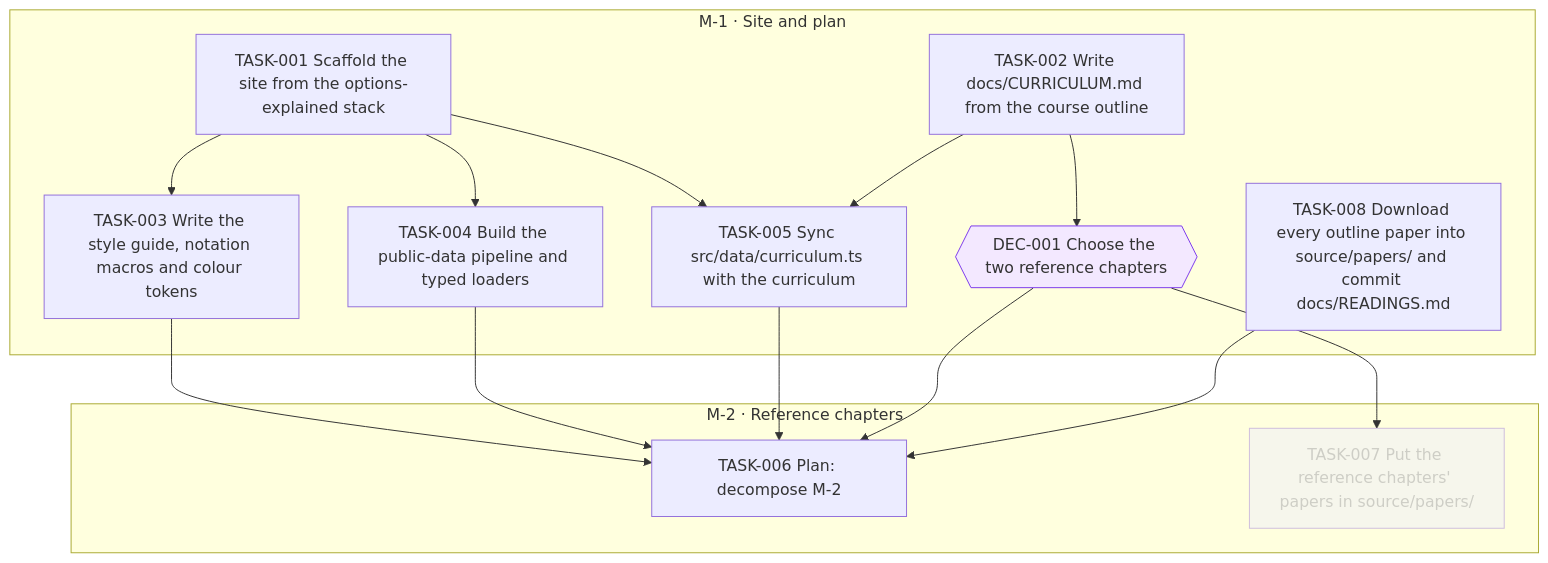
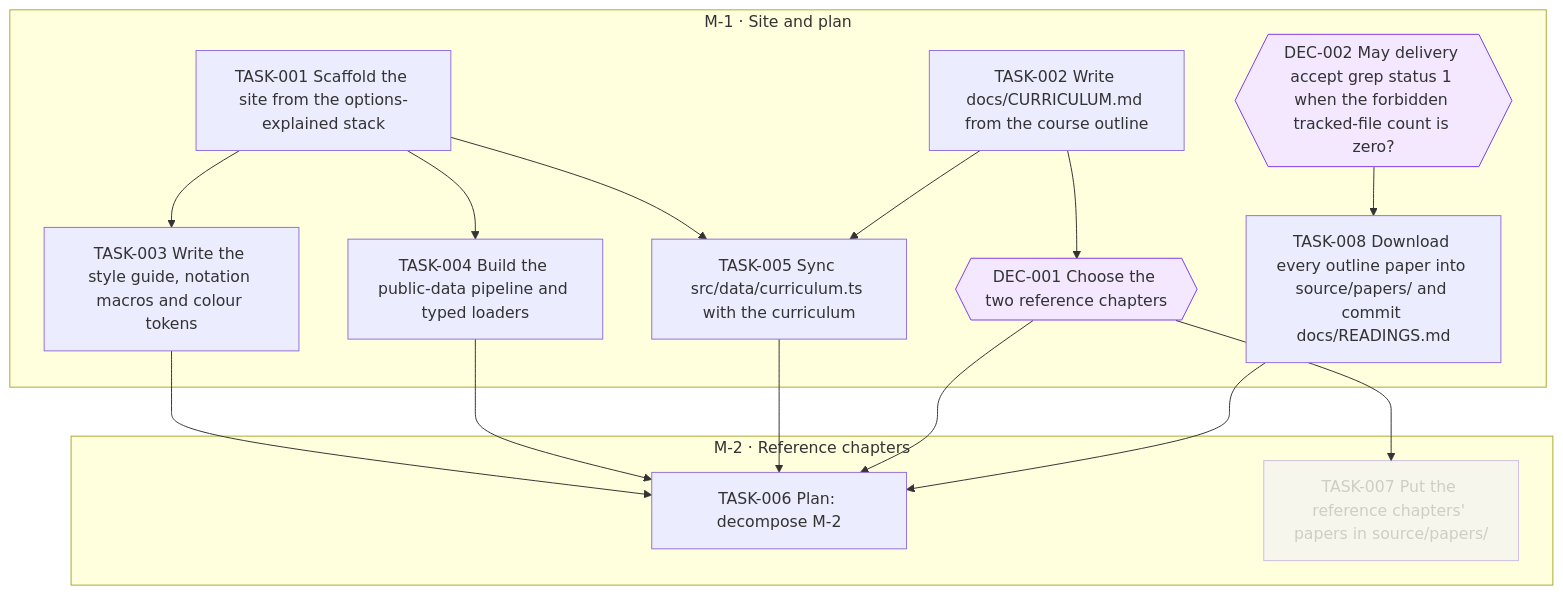
Before and after one commit to all-explained/empirical-finance-lbs: the diagram in goals/course-site/README.md, drawn with Mermaid. The commit also changed 3 other files, not shown here.

Commit message:
goal(course-site): request DEC-002 from TASK-008

````diff
--- a/goals/course-site/README.md
+++ b/goals/course-site/README.md
@@ -39,32 +39,35 @@
 ```mermaid
 flowchart TD
   subgraph M_1["M-1 · Site and plan"]
     DEC_001{{"DEC-001 Choose the two reference chapters"}}
+    DEC_002{{"DEC-002 May delivery accept grep status 1 when the forbidden tracked-file count is zero?"}}
     TASK_001["TASK-001 Scaffold the site from the options-explained stack"]
     TASK_002["TASK-002 Write docs/CURRICULUM.md from the course outline"]
     TASK_003["TASK-003 Write the style guide, notation macros and colour tokens"]
     TASK_004["TASK-004 Build the public-data pipeline and typed loaders"]
     TASK_005["TASK-005 Sync src/data/curriculum.ts with the curriculum"]
     TASK_008["TASK-008 Download every outline paper into source/papers/ and commit docs/READINGS.md"]
   end
   subgraph M_2["M-2 · Reference chapters"]
     TASK_006["TASK-006 Plan: decompose M-2"]
     TASK_007["TASK-007 Put the reference chapters' papers in source/papers/"]
   end
   TASK_002 --> DEC_001
   TASK_001 --> TASK_003
   TASK_001 --> TASK_004
   TASK_001 --> TASK_005
   TASK_002 --> TASK_005
   TASK_003 --> TASK_006
   TASK_004 --> TASK_006
   TASK_005 --> TASK_006
   DEC_001 --> TASK_006
   TASK_008 --> TASK_006
   DEC_001 --> TASK_007
+  DEC_002 --> TASK_008
   classDef draft stroke-dasharray: 4 3
   classDef cancelled opacity:0.45
   classDef decision fill:#f3e8ff,stroke:#7c3aed
   class TASK_007 cancelled
   class DEC_001 decision
+  class DEC_002 decision
 ```
````
